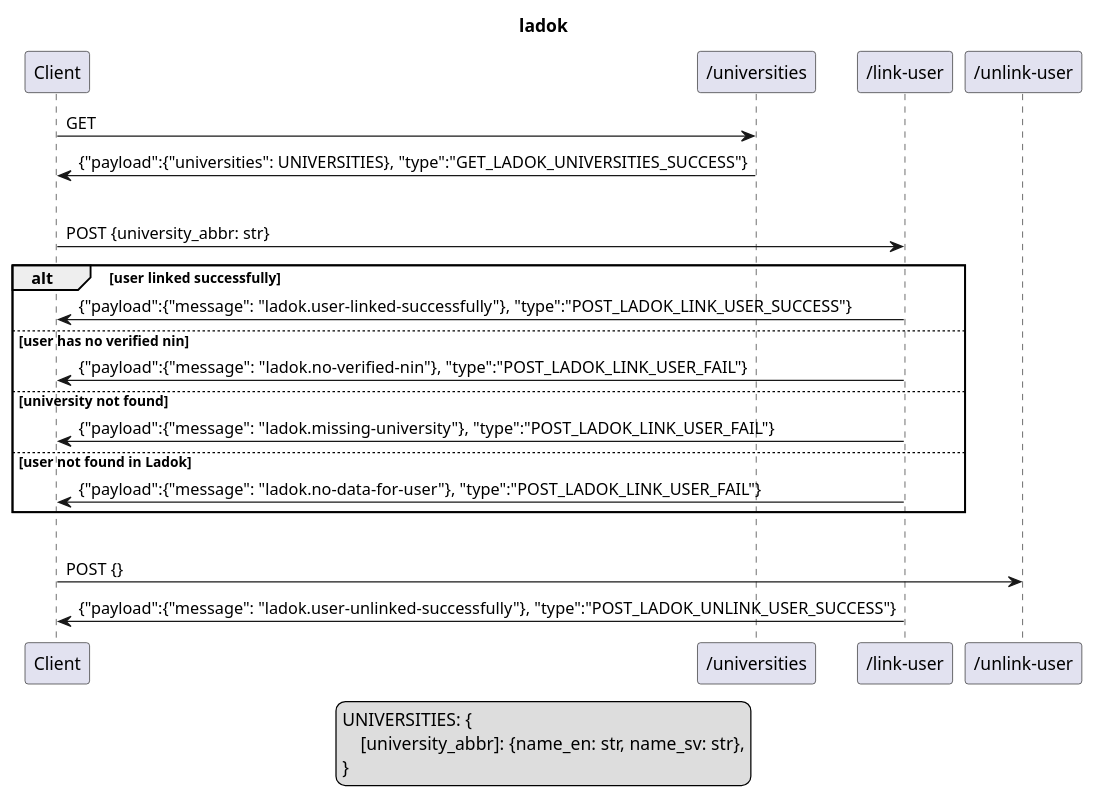
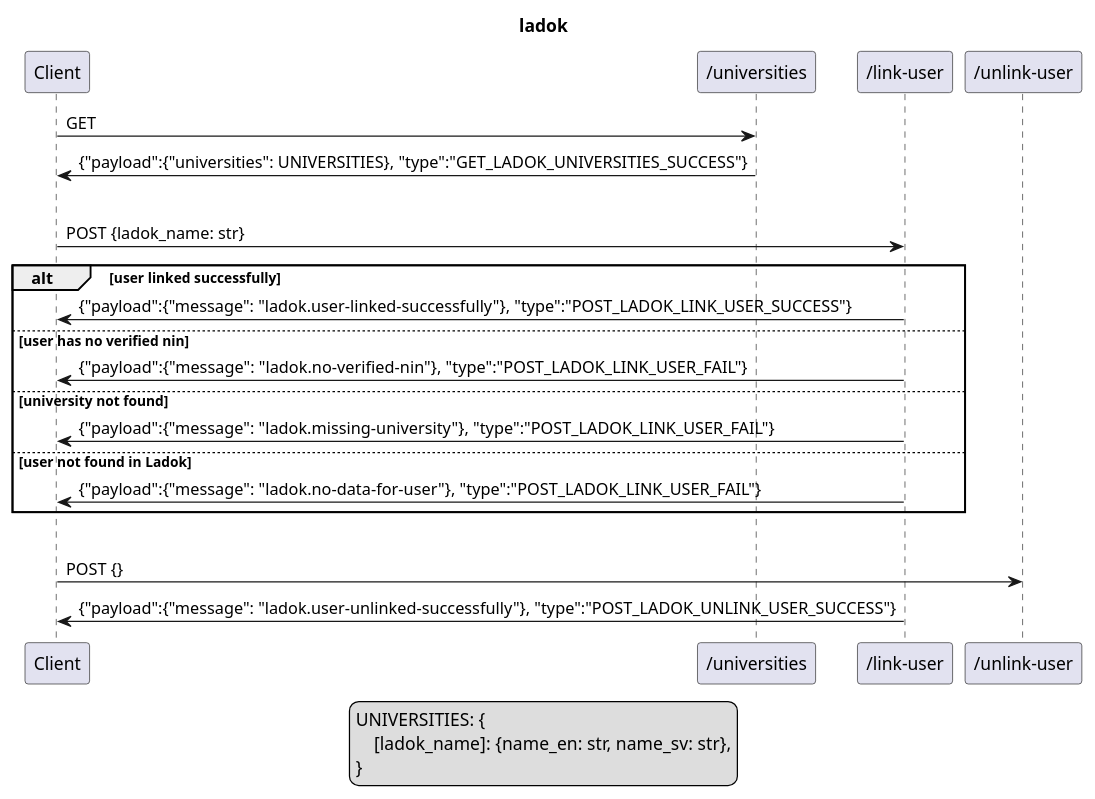
The diagram in doc/ladok.puml (SUNET/eduid-backend), drawn with PlantUML before and after one commit. The commit also changed 1 other file, not shown here.

Commit message:
updated ladok doc

```diff
--- a/doc/ladok.puml
+++ b/doc/ladok.puml
@@ -1,26 +1,26 @@
 @startuml
 title ladok
 
 legend
     UNIVERSITIES: {
-        [university_abbr]: {name_en: str, name_sv: str},
+        [ladok_name]: {name_en: str, name_sv: str},
     }
 end legend
 
 Client->"/universities": GET
 "/universities"->Client: {"payload":{"universities": UNIVERSITIES}, "type":"GET_LADOK_UNIVERSITIES_SUCCESS"}
 |||
-Client->"/link-user": POST {university_abbr: str}
+Client->"/link-user": POST {ladok_name: str}
 alt user linked successfully
 "/link-user"->Client: {"payload":{"message": "ladok.user-linked-successfully"}, "type":"POST_LADOK_LINK_USER_SUCCESS"}
 else user has no verified nin
 "/link-user"->Client: {"payload":{"message": "ladok.no-verified-nin"}, "type":"POST_LADOK_LINK_USER_FAIL"}
 else university not found
 "/link-user"->Client: {"payload":{"message": "ladok.missing-university"}, "type":"POST_LADOK_LINK_USER_FAIL"}
 else user not found in Ladok
 "/link-user"->Client: {"payload":{"message": "ladok.no-data-for-user"}, "type":"POST_LADOK_LINK_USER_FAIL"}
 end
 |||
 Client->"/unlink-user": POST {}
 "/link-user"->Client: {"payload":{"message": "ladok.user-unlinked-successfully"}, "type":"POST_LADOK_UNLINK_USER_SUCCESS"}
 @enduml
```
